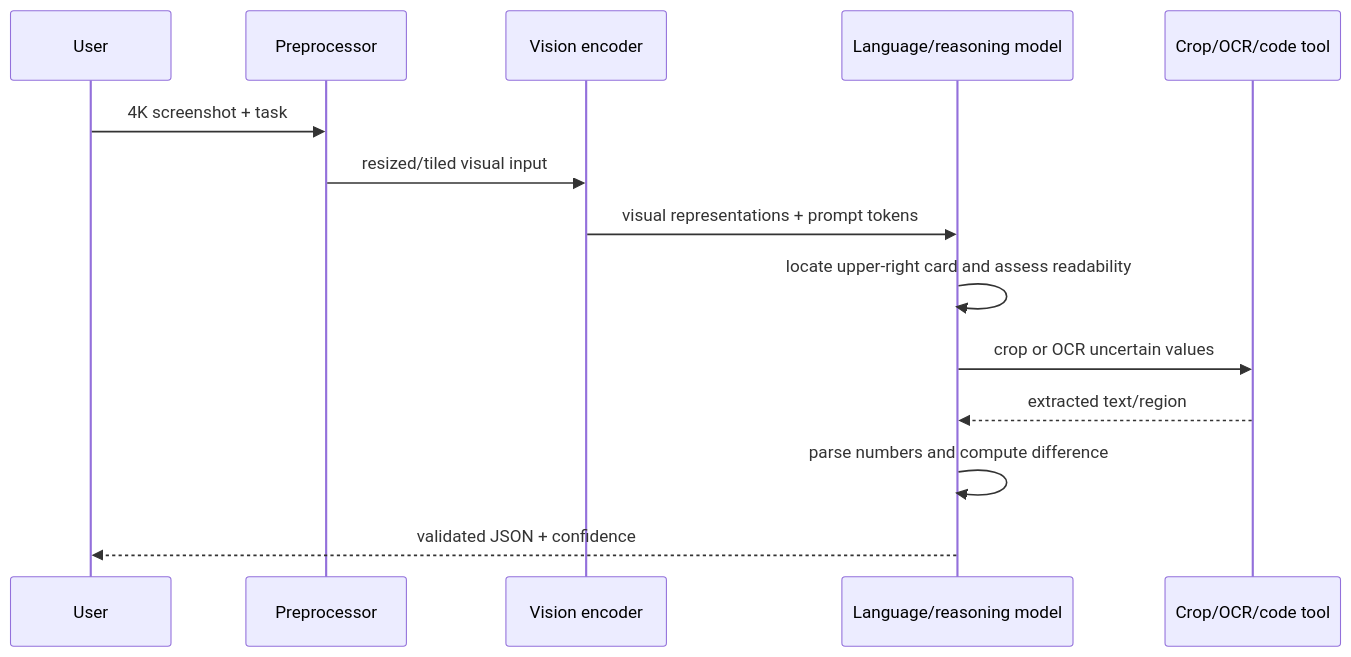
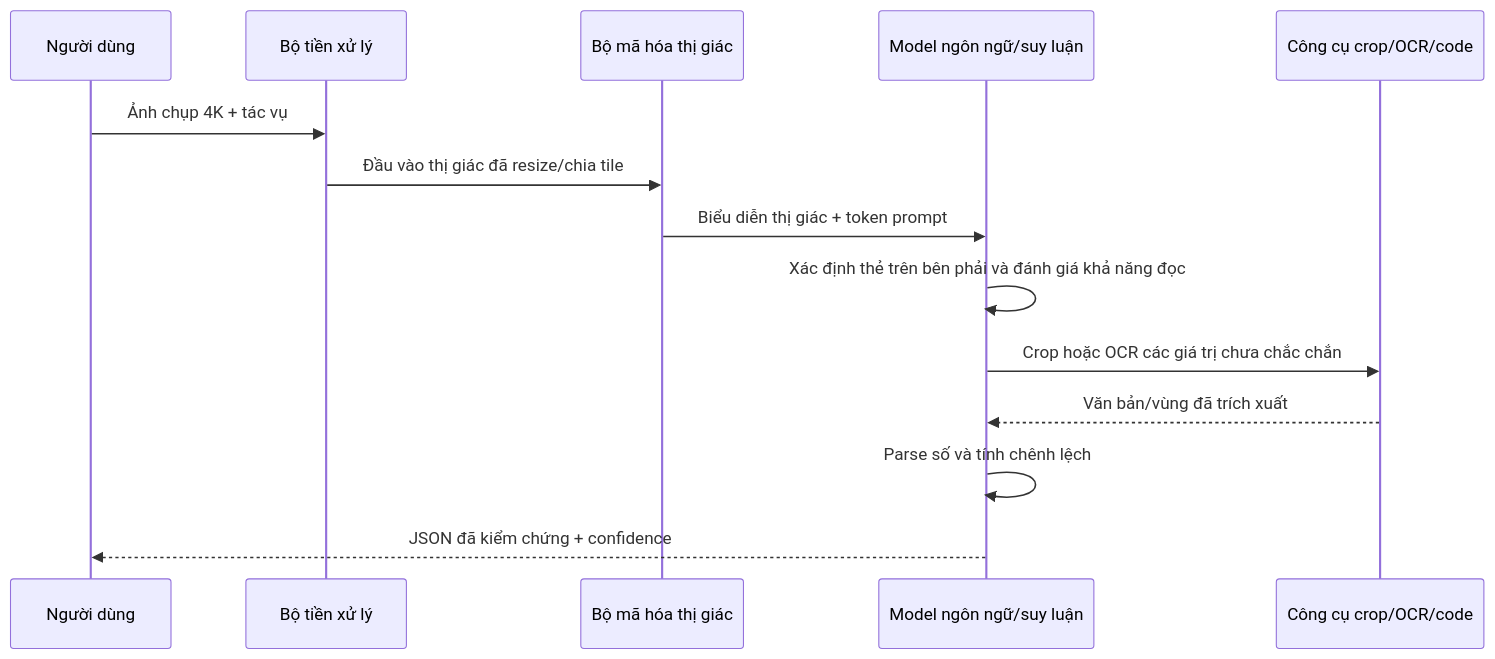
One commit to cycler04/VinRobotics-VLA changed the eighth of 8 diagrams in docs/research_finding/01-gwen/broad_overview/LLM_VLM/recent_vlm_overview.md. Above: the diagram before and after it, drawn with Mermaid. The commit also changed other lines of this file and 79 other files, not shown here.

````diff
--- a/docs/research_finding/01-gwen/broad_overview/LLM_VLM/recent_vlm_overview.md
+++ b/docs/research_finding/01-gwen/broad_overview/LLM_VLM/recent_vlm_overview.md
@@ -667,17 +675,17 @@
 ```mermaid
 sequenceDiagram
-    participant U as User
-    participant P as Preprocessor
-    participant V as Vision encoder
-    participant L as Language/reasoning model
-    participant T as Crop/OCR/code tool
+    participant U as Người dùng
+    participant P as Bộ tiền xử lý
+    participant V as Bộ mã hóa thị giác
+    participant L as Model ngôn ngữ/suy luận
+    participant T as Công cụ crop/OCR/code
 
-    U->>P: 4K screenshot + task
-    P->>V: resized/tiled visual input
-    V->>L: visual representations + prompt tokens
-    L->>L: locate upper-right card and assess readability
-    L->>T: crop or OCR uncertain values
-    T-->>L: extracted text/region
-    L->>L: parse numbers and compute difference
-    L-->>U: validated JSON + confidence
+    U->>P: Ảnh chụp 4K + tác vụ
+    P->>V: Đầu vào thị giác đã resize/chia tile
+    V->>L: Biểu diễn thị giác + token prompt
+    L->>L: Xác định thẻ trên bên phải và đánh giá khả năng đọc
+    L->>T: Crop hoặc OCR các giá trị chưa chắc chắn
+    T-->>L: Văn bản/vùng đã trích xuất
+    L->>L: Parse số và tính chênh lệch
+    L-->>U: JSON đã kiểm chứng + confidence
 ```
````
